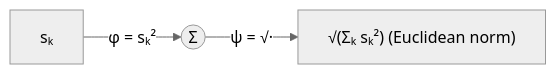
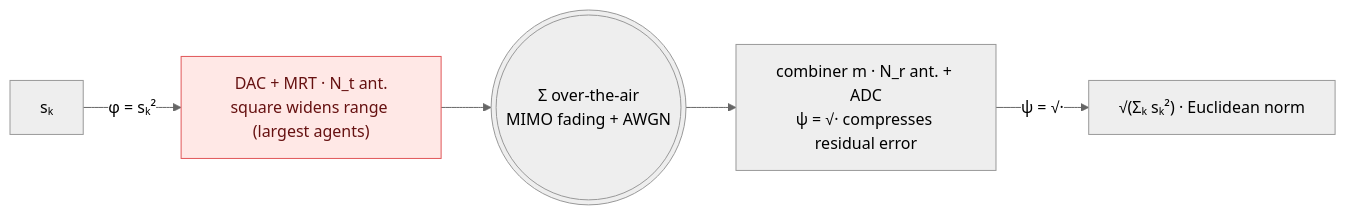
One commit to wincle626/OverAirCompute changed the seventh of 13 diagrams in README.md. Above: the diagram before and after it, drawn with Mermaid (neutral theme). The commit also changed other lines of this file, not shown here.

````diff
--- a/README.md
+++ b/README.md
@@ -284,4 +312,9 @@
 ```mermaid
 flowchart LR
-    a["sₖ"] -->|"φ = sₖ²"| S(("Σ")) -->|"ψ = √·"| r["√(Σₖ sₖ²)  (Euclidean norm)"]
+    s["sₖ"] -->|"φ = sₖ²"| tx["DAC + MRT · N_t ant.<br/>square widens range (largest agents)"]
+    tx --> air((("Σ over-the-air<br/>MIMO fading + AWGN")))
+    air --> rx["combiner m · N_r ant. + ADC<br/>ψ = √· compresses residual error"]
+    rx -->|"ψ = √·"| r["√(Σₖ sₖ²)  ·  Euclidean norm"]
+    classDef hot fill:#ffe8e6,stroke:#E15759,color:#611;
+    class tx hot;
 ```
````
